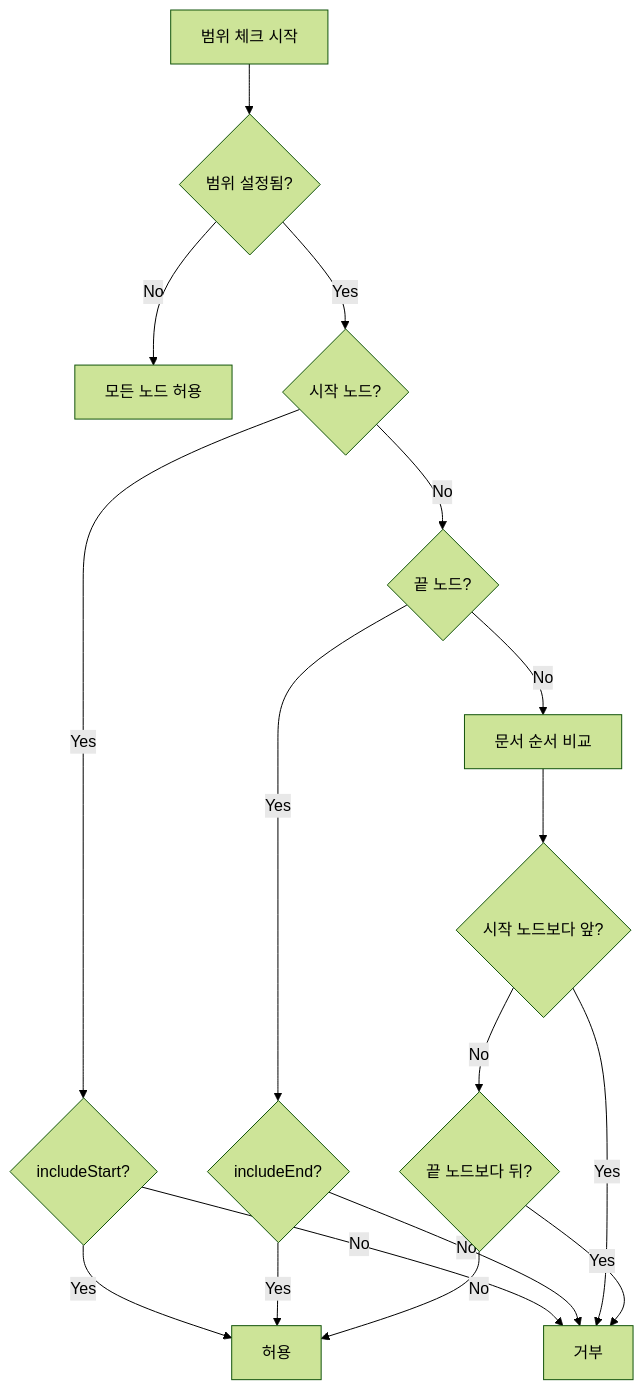
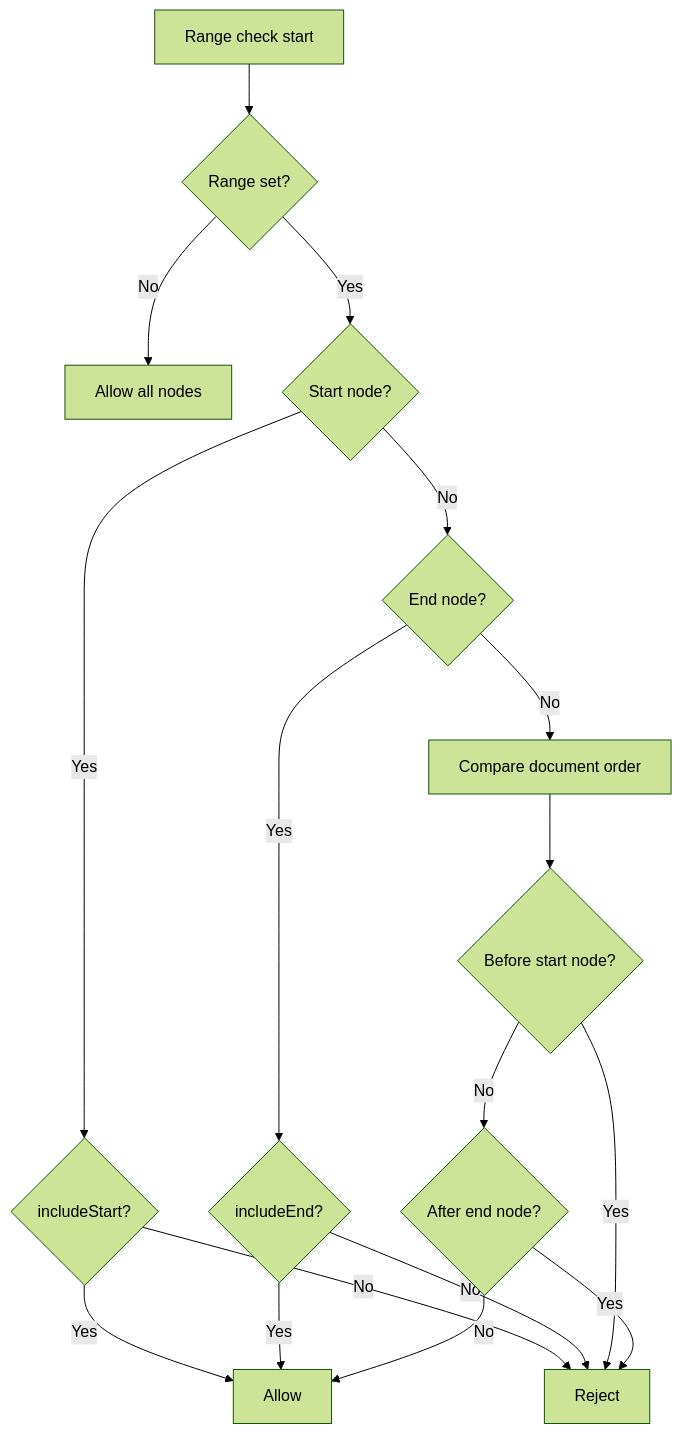
One commit to barocss/barocss-editor changed the seventh of 7 diagrams in packages/datastore/docs/document-iterator-spec.md. Above: the diagram before and after it, drawn with Mermaid (forest theme). The commit also changed other lines of this file and 147 other files, not shown here.

````diff
--- a/packages/datastore/docs/document-iterator-spec.md
+++ b/packages/datastore/docs/document-iterator-spec.md
@@ -285,19 +285,19 @@
 ```mermaid
 flowchart TD
-    A[범위 체크 시작] --> B{범위 설정됨?}
-    B -->|No| C[모든 노드 허용]
-    B -->|Yes| D{시작 노드?}
+    A[Range check start] --> B{Range set?}
+    B -->|No| C[Allow all nodes]
+    B -->|Yes| D{Start node?}
     D -->|Yes| E{includeStart?}
-    E -->|Yes| F[허용]
-    E -->|No| G[거부]
-    D -->|No| H{끝 노드?}
+    E -->|Yes| F[Allow]
+    E -->|No| G[Reject]
+    D -->|No| H{End node?}
     H -->|Yes| I{includeEnd?}
     I -->|Yes| F
     I -->|No| G
-    H -->|No| J[문서 순서 비교]
-    J --> K{시작 노드보다 앞?}
+    H -->|No| J[Compare document order]
+    J --> K{Before start node?}
     K -->|Yes| G
-    K -->|No| L{끝 노드보다 뒤?}
+    K -->|No| L{After end node?}
     L -->|Yes| G
     L -->|No| F
 ```
````
